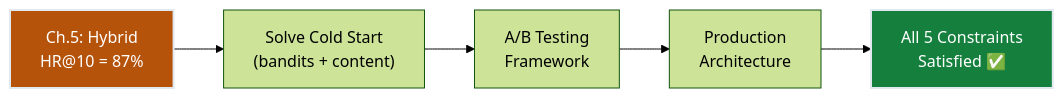
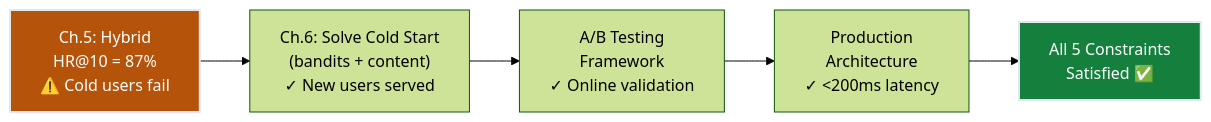
One commit to deepakshamsft/ai-portfolio changed the first of 5 diagrams in notes/ML/04_recommender_systems/ch06_cold_start_production/README.md. Above: the diagram before and after it, drawn with Mermaid (forest theme). The commit also changed other lines of this file and 41 other files, not shown here.

````diff
--- a/notes/ML/04_recommender_systems/ch06_cold_start_production/README.md
+++ b/notes/ML/04_recommender_systems/ch06_cold_start_production/README.md
@@ -36,10 +41,10 @@
 ```mermaid
 flowchart LR
-    HYBRID["Ch.5: Hybrid<br/>HR@10 = 87%"] --> COLD["Solve Cold Start<br/>(bandits + content)"]
-    COLD --> AB["A/B Testing<br/>Framework"]
-    AB --> SERVE["Production<br/>Architecture"]
+    HYBRID["Ch.5: Hybrid<br/>HR@10 = 87%<br/>⚠️ Cold users fail"] --> COLD["Ch.6: Solve Cold Start<br/>(bandits + content)<br/>✓ New users served"]
+    COLD --> AB["A/B Testing<br/>Framework<br/>✓ Online validation"]
+    AB --> SERVE["Production<br/>Architecture<br/>✓ <200ms latency"]
     SERVE --> DONE["All 5 Constraints<br/>Satisfied ✅"]
     
     style HYBRID fill:#b45309,stroke:#e2e8f0,stroke-width:2px,color:#ffffff
     style DONE fill:#15803d,stroke:#e2e8f0,stroke-width:2px,color:#ffffff
 ```
````
